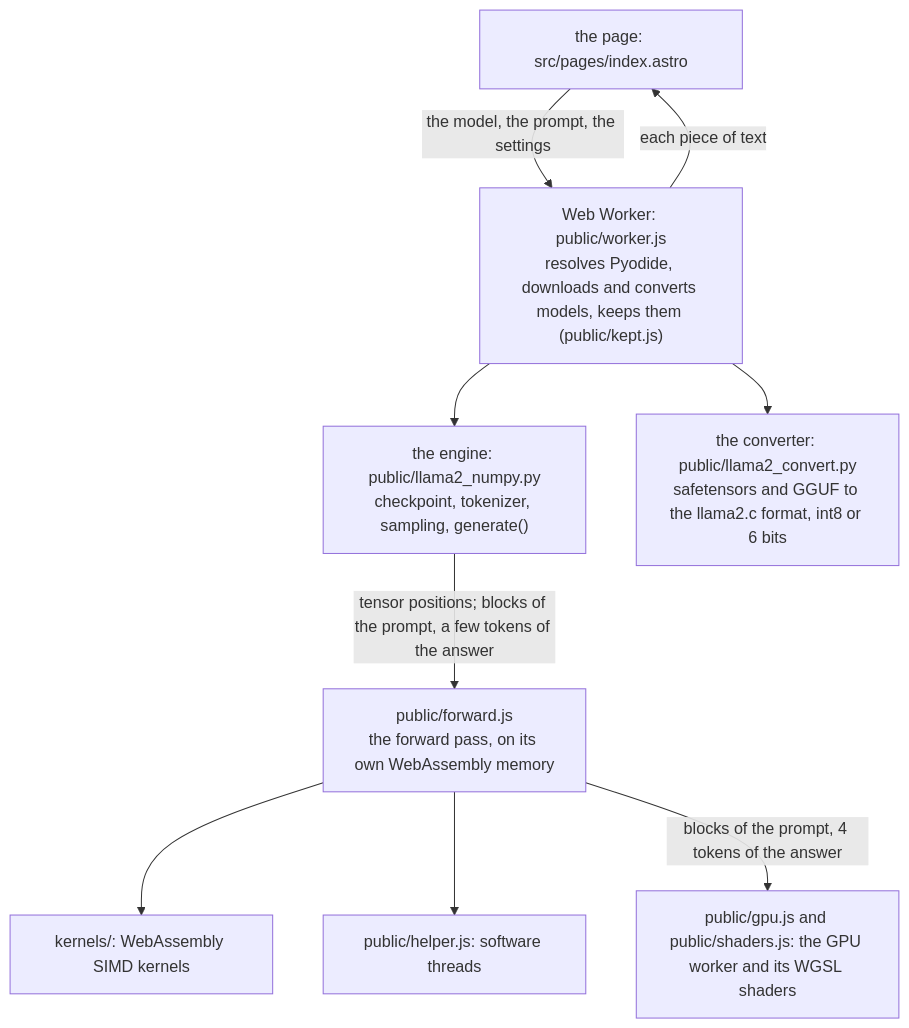
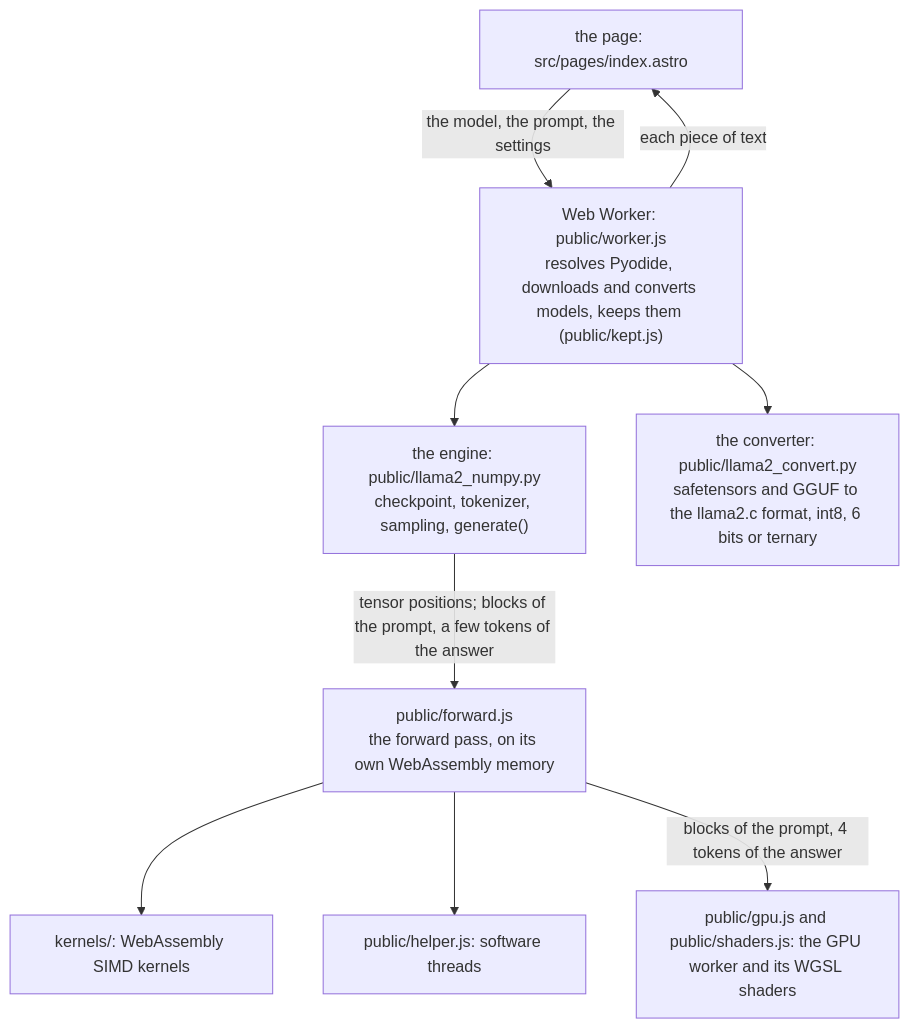
The diagram in docs/architecture.md (takano32/pyodide-llm), drawn with Mermaid before and after one commit. The commit also changed other lines of this file and 6 other files, not shown here.

````diff
--- a/docs/architecture.md
+++ b/docs/architecture.md
@@ -8,19 +8,19 @@
 ```mermaid
 flowchart TD
   page["the page: src/pages/index.astro"]
   worker["Web Worker: public/worker.js<br/>resolves Pyodide, downloads and converts models, keeps them (public/kept.js)"]
   engine["the engine: public/llama2_numpy.py<br/>checkpoint, tokenizer, sampling, generate()"]
-  convert["the converter: public/llama2_convert.py<br/>safetensors and GGUF to the llama2.c format, int8 or 6 bits"]
+  convert["the converter: public/llama2_convert.py<br/>safetensors and GGUF to the llama2.c format, int8, 6 bits or ternary"]
   forward["public/forward.js<br/>the forward pass, on its own WebAssembly memory"]
   kernels["kernels/: WebAssembly SIMD kernels"]
   helper["public/helper.js: software threads"]
   gpu["public/gpu.js and public/shaders.js: the GPU worker and its WGSL shaders"]
   page -- "the model, the prompt, the settings" --> worker
   worker -- "each piece of text" --> page
   worker --> engine
   worker --> convert
   engine -- "tensor positions; blocks of the prompt, a few tokens of the answer" --> forward
   forward --> kernels
   forward --> helper
   forward -- "blocks of the prompt, 4 tokens of the answer" --> gpu
 ```
````
